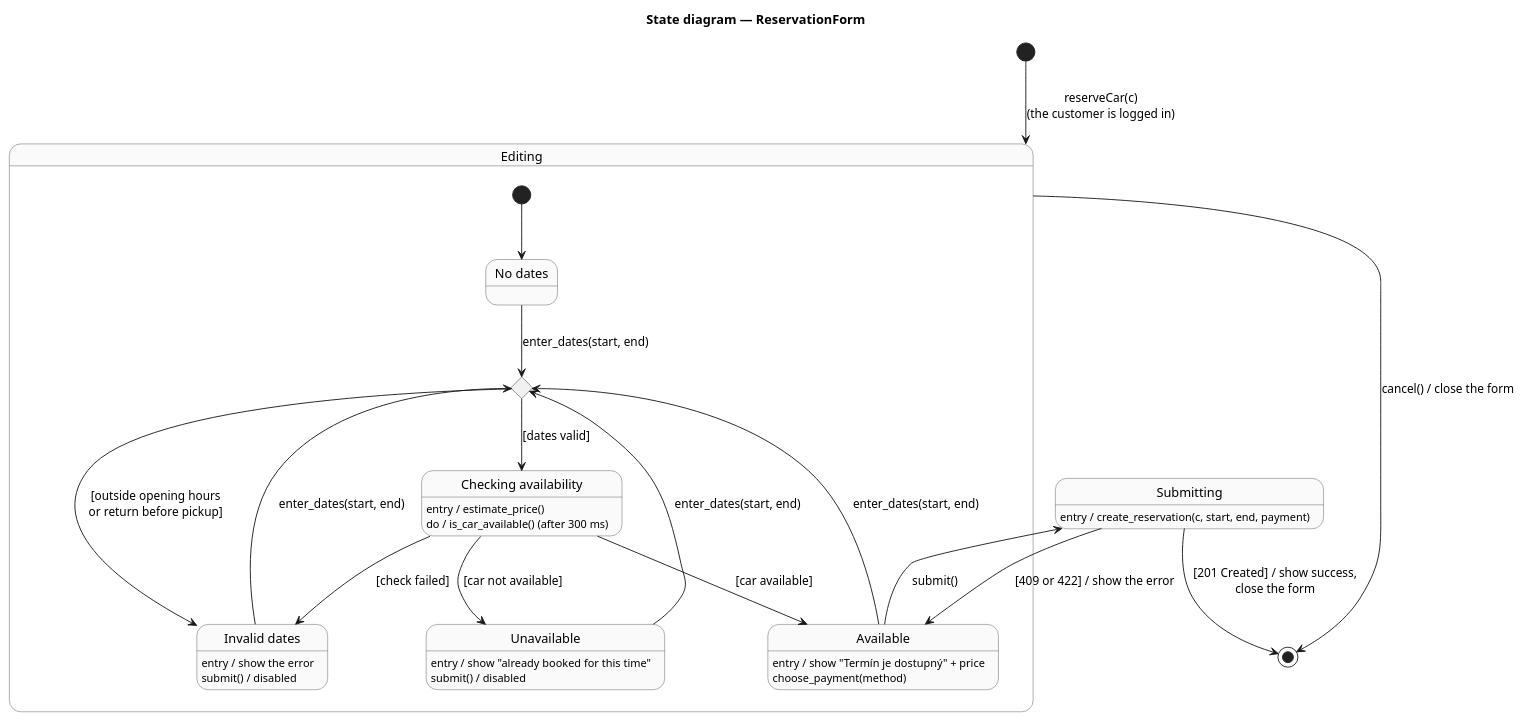
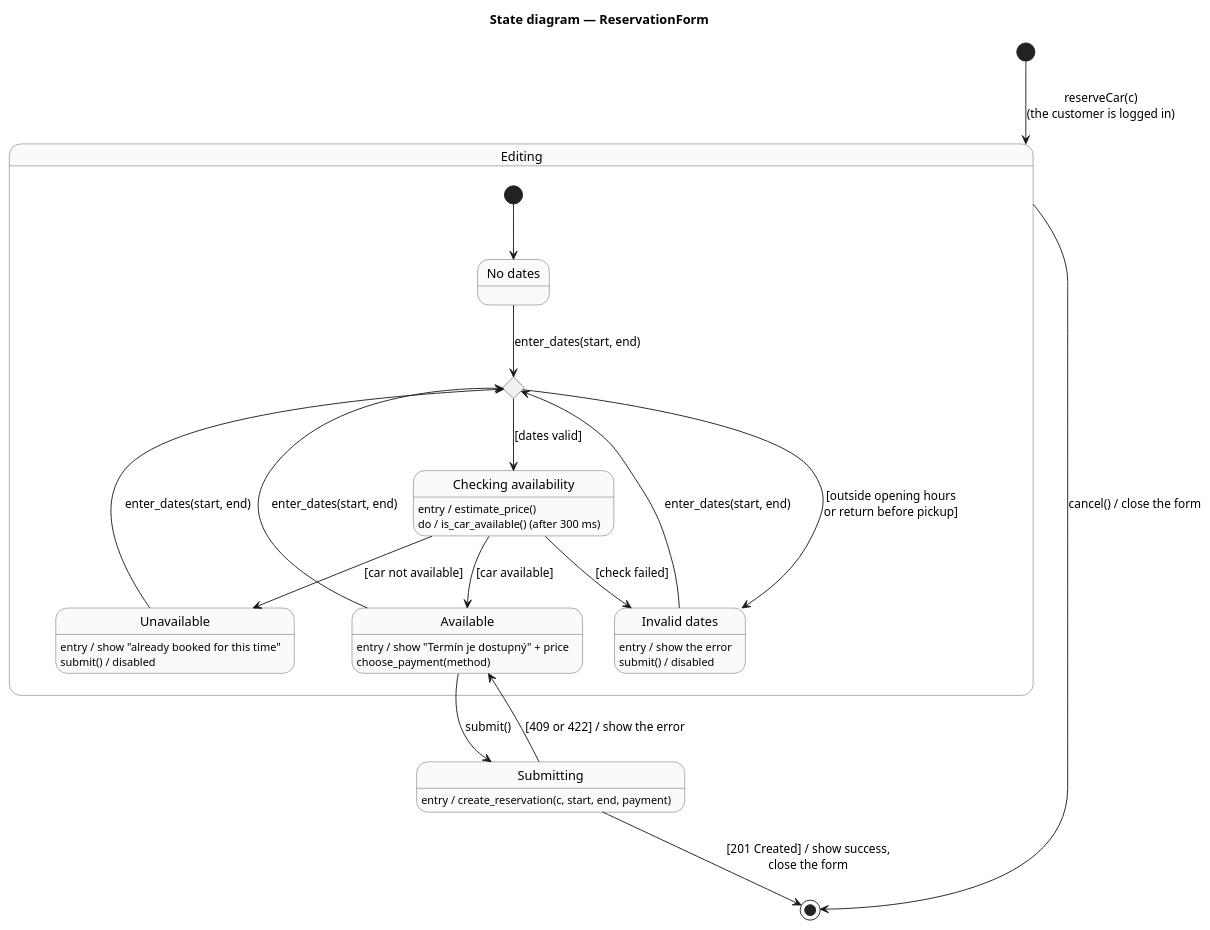
Before and after one commit to DavidMagyarics/CarRentalVSB: the diagram in docs/diagrams/state-reservation-form.puml, drawn with PlantUML.

Commit message:
docs: lay out the ReservationForm state diagram top to bottom

```diff
--- a/docs/diagrams/state-reservation-form.puml
+++ b/docs/diagrams/state-reservation-form.puml
@@ -1,50 +1,51 @@
 @startuml state-reservation-form
 skinparam backgroundColor white
 skinparam state {
   BackgroundColor #FAFAFA
   BorderColor #555555
 }
 title State diagram — ReservationForm
 
 [*] --> Editing : reserveCar(c)\n(the customer is logged in)
 
 state Editing {
   state "No dates" as Empty
+  state "Checking availability" as Checking
   state "Invalid dates" as Invalid
-  state "Checking availability" as Checking
+  state "Unavailable" as Unavailable
   state "Available" as Available
-  state "Unavailable" as Unavailable
   state dates <<choice>>
 
   [*] --> Empty
-  Empty --> dates : enter_dates(start, end)
-  dates --> Invalid : [outside opening hours\nor return before pickup]
-  dates --> Checking : [dates valid]
+  Empty -down-> dates : enter_dates(start, end)
+  dates -down-> Invalid : [outside opening hours\nor return before pickup]
+  dates -down-> Checking : [dates valid]
 
-  Checking --> Available : [car available]
-  Checking --> Unavailable : [car not available]
-  Checking --> Invalid : [check failed]
+  Checking -down-> Available : [car available]
+  Checking -down-> Unavailable : [car not available]
+  Checking -down-> Invalid : [check failed]
 
-  Invalid --> dates : enter_dates(start, end)
-  Available --> dates : enter_dates(start, end)
-  Unavailable --> dates : enter_dates(start, end)
+  Invalid -up-> dates : enter_dates(start, end)
+  Available -up-> dates : enter_dates(start, end)
+  Unavailable -up-> dates : enter_dates(start, end)
 
   Invalid : entry / show the error
   Invalid : submit() / disabled
   Checking : entry / estimate_price()
   Checking : do / is_car_available() (after 300 ms)
   Available : entry / show "Termín je dostupný" + price
   Available : choose_payment(method)
   Unavailable : entry / show "already booked for this time"
   Unavailable : submit() / disabled
+
 }
 
 state "Submitting" as Submitting
 Submitting : entry / create_reservation(c, start, end, payment)
 
-Available --> Submitting : submit()
-Submitting --> Available : [409 or 422] / show the error
-Submitting --> [*] : [201 Created] / show success,\nclose the form
+Available -down-> Submitting : submit()
+Submitting -up-> Available : [409 or 422] / show the error
+Submitting -down-> [*] : [201 Created] / show success,\nclose the form
 
 Editing --> [*] : cancel() / close the form
 @enduml
```
